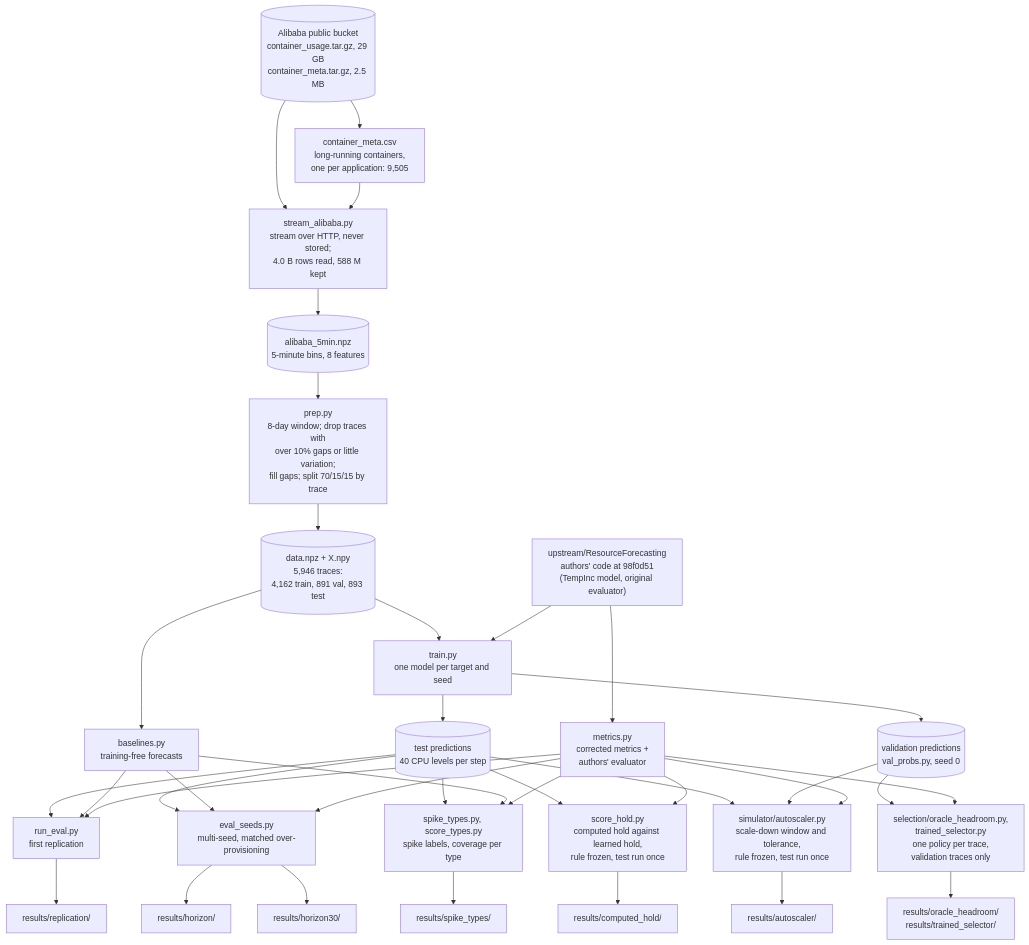
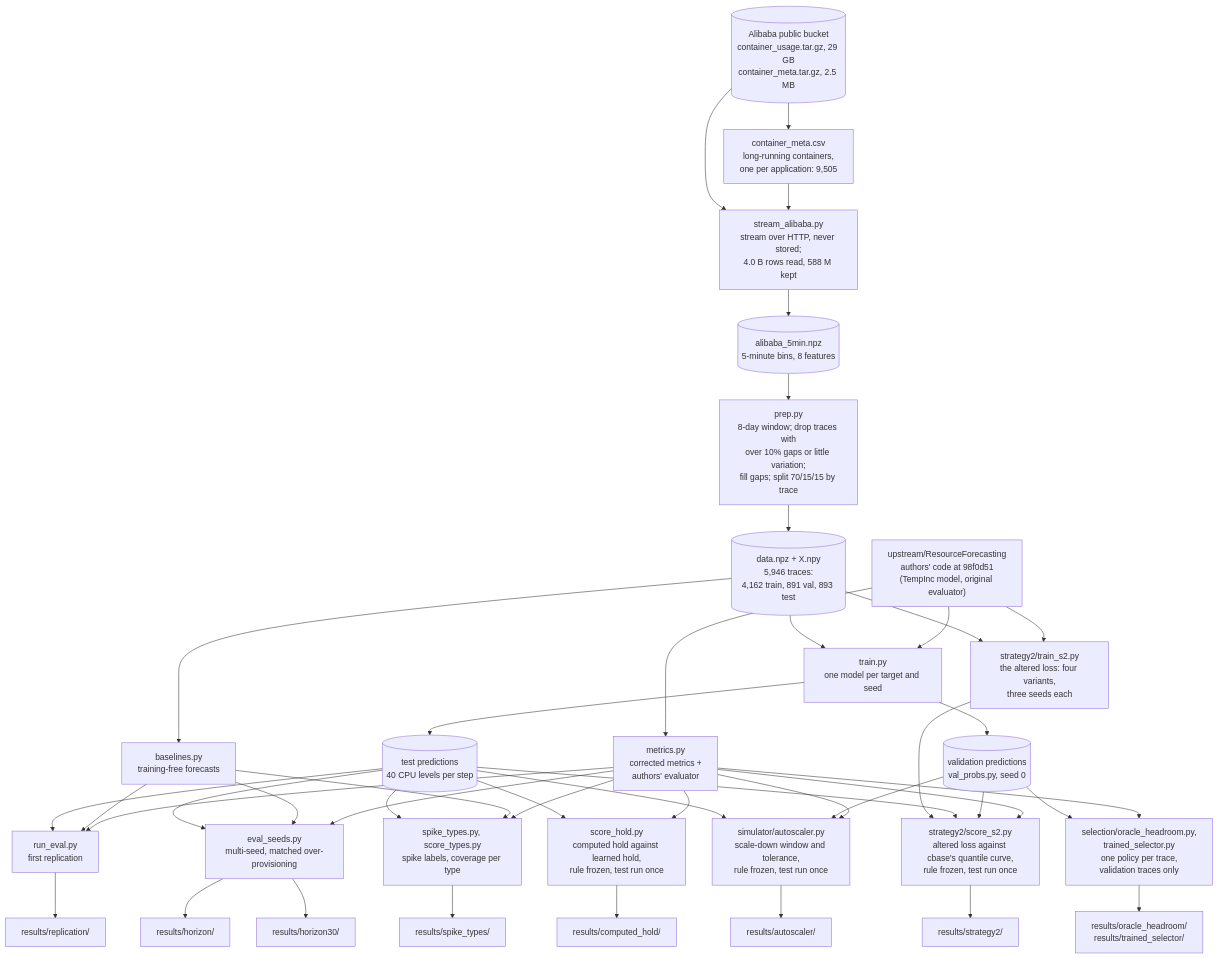
The first of 5 diagrams in docs/architecture.md (ashutosharma2/SpikeCheck), drawn with Mermaid before and after one commit. The commit also changed other lines of this file and 6 other files, not shown here.

````diff
--- a/docs/architecture.md
+++ b/docs/architecture.md
@@ -26,63 +26,73 @@
 ```mermaid
 flowchart TD
     OSS[("Alibaba public bucket<br/>container_usage.tar.gz, 29 GB<br/>container_meta.tar.gz, 2.5 MB")]
     META["container_meta.csv<br/>long-running containers,<br/>one per application: 9,505"]
     STREAM["stream_alibaba.py<br/>stream over HTTP, never stored;<br/>4.0 B rows read, 588 M kept"]
     AGG[("alibaba_5min.npz<br/>5-minute bins, 8 features")]
     PREP["prep.py<br/>8-day window; drop traces with<br/>over 10% gaps or little variation;<br/>fill gaps; split 70/15/15 by trace"]
     DATA[("data.npz + X.npy<br/>5,946 traces:<br/>4,162 train, 891 val, 893 test")]
     UP["upstream/ResourceForecasting<br/>authors' code at 98f0d51<br/>(TempInc model, original evaluator)"]
     TRAIN["train.py<br/>one model per target and seed"]
     PROBS[("test predictions<br/>40 CPU levels per step")]
     BASE["baselines.py<br/>training-free forecasts"]
     EVAL1["run_eval.py<br/>first replication"]
     EVAL2["eval_seeds.py<br/>multi-seed, matched over-provisioning"]
     M["metrics.py<br/>corrected metrics +<br/>authors' evaluator"]
     R1["results/replication/"]
     R2["results/horizon/"]
     R3["results/horizon30/"]
     EVAL3["spike_types.py, score_types.py<br/>spike labels, coverage per type"]
     R4["results/spike_types/"]
     EVAL4["score_hold.py<br/>computed hold against learned hold,<br/>rule frozen, test run once"]
     R5["results/computed_hold/"]
     VAL[("validation predictions<br/>val_probs.py, seed 0")]
     EVAL5["selection/oracle_headroom.py,<br/>trained_selector.py<br/>one policy per trace,<br/>validation traces only"]
     R6["results/oracle_headroom/<br/>results/trained_selector/"]
     EVAL6["simulator/autoscaler.py<br/>scale-down window and tolerance,<br/>rule frozen, test run once"]
     R7["results/autoscaler/"]
+    TRAIN2["strategy2/train_s2.py<br/>the altered loss: four variants,<br/>three seeds each"]
+    EVAL7["strategy2/score_s2.py<br/>altered loss against cbase's quantile curve,<br/>rule frozen, test run once"]
+    R8["results/strategy2/"]
 
     OSS --> META
     OSS --> STREAM
     META --> STREAM
     STREAM --> AGG --> PREP --> DATA
     DATA --> TRAIN
     UP --> TRAIN
     TRAIN --> PROBS
     PROBS --> EVAL1
     PROBS --> EVAL2
     DATA --> BASE
     BASE --> EVAL1
     BASE --> EVAL2
     M --> EVAL1
     M --> EVAL2
     UP --> M
     EVAL1 --> R1
     EVAL2 --> R2
     EVAL2 --> R3
     PROBS --> EVAL3
     BASE --> EVAL3
     M --> EVAL3
     EVAL3 --> R4
     PROBS --> EVAL4
     M --> EVAL4
     EVAL4 --> R5
     TRAIN --> VAL
     VAL --> EVAL5
     M --> EVAL5
     EVAL5 --> R6
     PROBS --> EVAL6
     VAL --> EVAL6
     M --> EVAL6
     EVAL6 --> R7
+    DATA --> TRAIN2
+    UP --> TRAIN2
+    TRAIN2 --> EVAL7
+    PROBS --> EVAL7
+    VAL --> EVAL7
+    M --> EVAL7
+    EVAL7 --> R8
 
 ```
````
